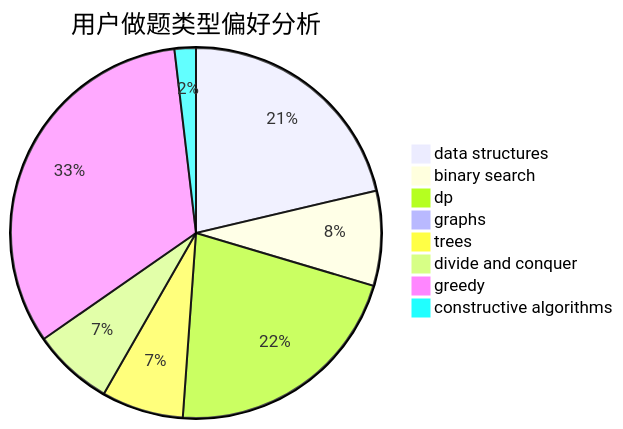
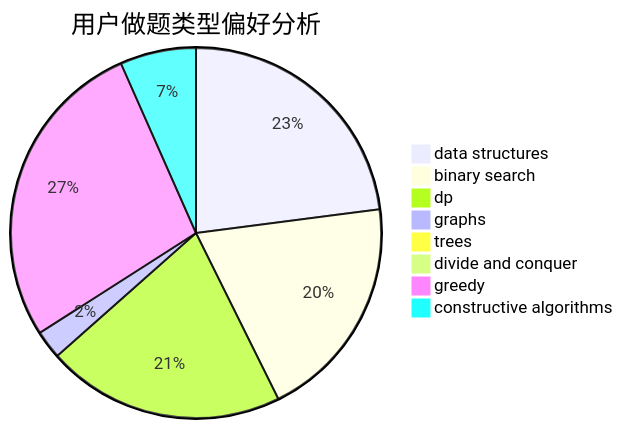
The second of 3 diagrams in docs/user/u870.md (sherpahu/cfrs.github.io), drawn with Mermaid before and after one commit. The commit also changed other lines of this file and 2770 other files, not shown here.

````diff
--- a/docs/user/u870.md
+++ b/docs/user/u870.md
@@ -23,11 +23,11 @@
 ```mermaid
 pie title 用户做题类型偏好分析
-    "data structures" :  206
-    "binary search" :  80
-    "dp" :  208
-    "graphs" :  0
-    "trees" :  69
-    "divide and conquer" :  68
-    "greedy" :  317
-    "constructive algorithms" :  18
+    "data structures" :  509
+    "binary search" :  437
+    "dp" :  461
+    "graphs" :  55
+    "trees" :  13
+    "divide and conquer" :  1
+    "greedy" :  608
+    "constructive algorithms" :  147
 ```
````
